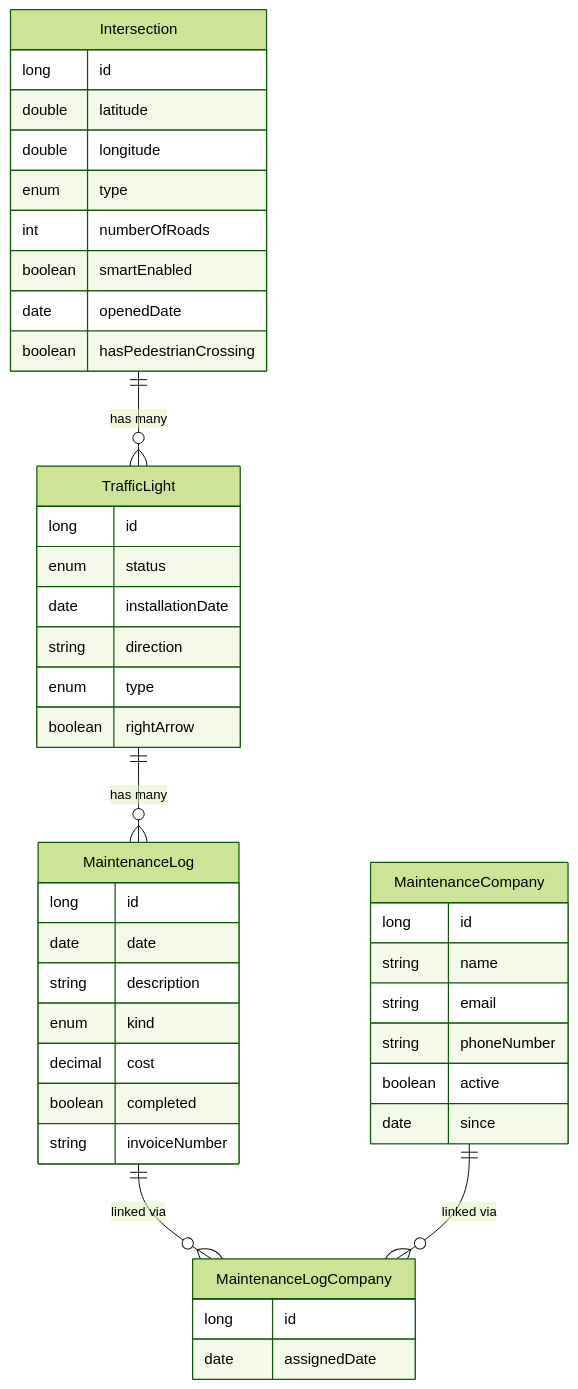
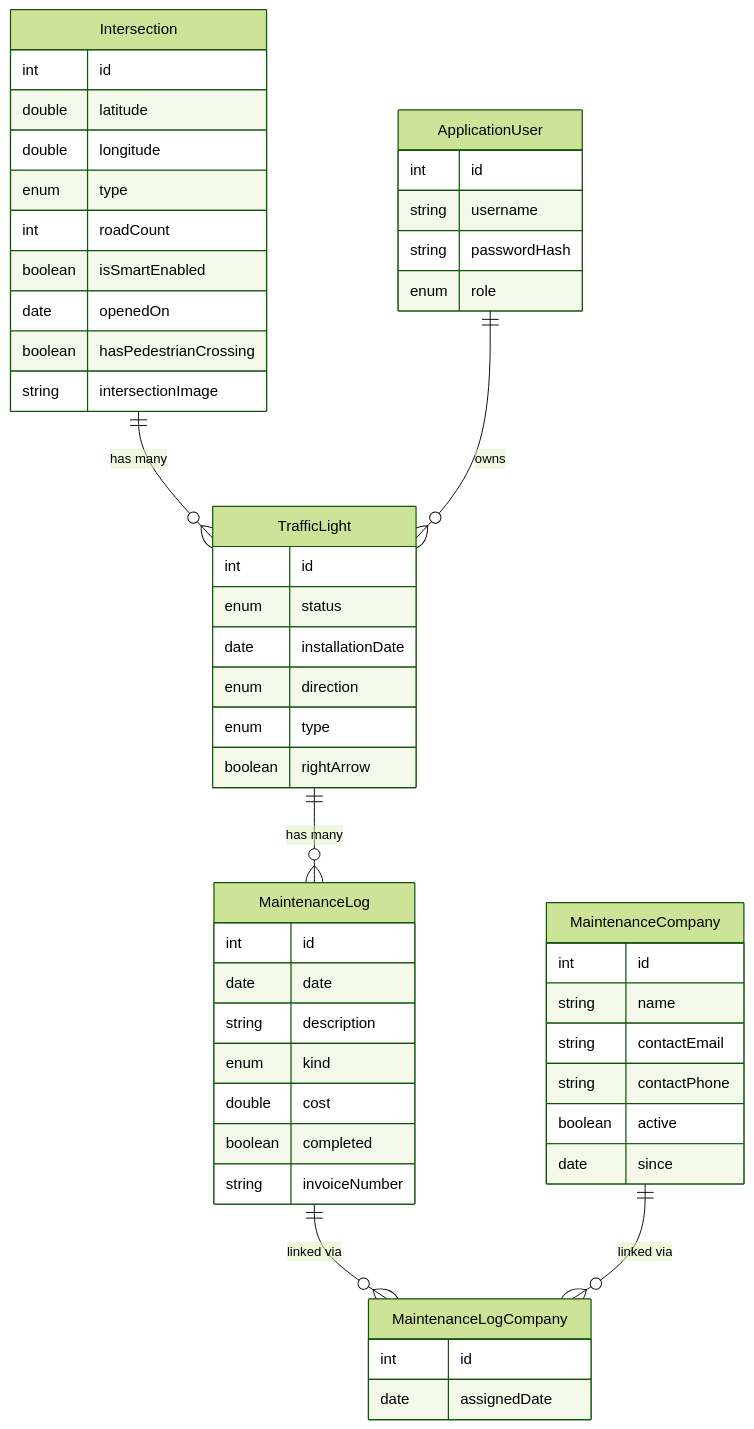
One commit to Nister37/TrafficLights changed the first of 7 diagrams in README.md. Above: the diagram before and after it, drawn with Mermaid (forest theme). The commit also changed other lines of this file and 4 other files, not shown here.

````diff
--- a/README.md
+++ b/README.md
@@ -30,47 +30,55 @@
 ```mermaid
 erDiagram
     Intersection {
-        long id
+        int id
         double latitude
         double longitude
         enum type
-        int numberOfRoads
-        boolean smartEnabled
-        date openedDate
+        int roadCount
+        boolean isSmartEnabled
+        date openedOn
         boolean hasPedestrianCrossing
+        string intersectionImage
     }
     TrafficLight {
-        long id
+        int id
         enum status
         date installationDate
-        string direction
+        enum direction
         enum type
         boolean rightArrow
     }
     MaintenanceLog {
-        long id
+        int id
         date date
         string description
         enum kind
-        decimal cost
+        double cost
         boolean completed
         string invoiceNumber
     }
     MaintenanceCompany {
-        long id
+        int id
         string name
-        string email
-        string phoneNumber
+        string contactEmail
+        string contactPhone
         boolean active
         date since
     }
     MaintenanceLogCompany {
-        long id
+        int id
         date assignedDate
+    }
+    ApplicationUser {
+        int id
+        string username
+        string passwordHash
+        enum role
     }
 
     Intersection ||--o{ TrafficLight : "has many"
+    ApplicationUser ||--o{ TrafficLight : "owns"
     TrafficLight ||--o{ MaintenanceLog : "has many"
     MaintenanceLog ||--o{ MaintenanceLogCompany : "linked via"
     MaintenanceCompany ||--o{ MaintenanceLogCompany : "linked via"
 ```
````
